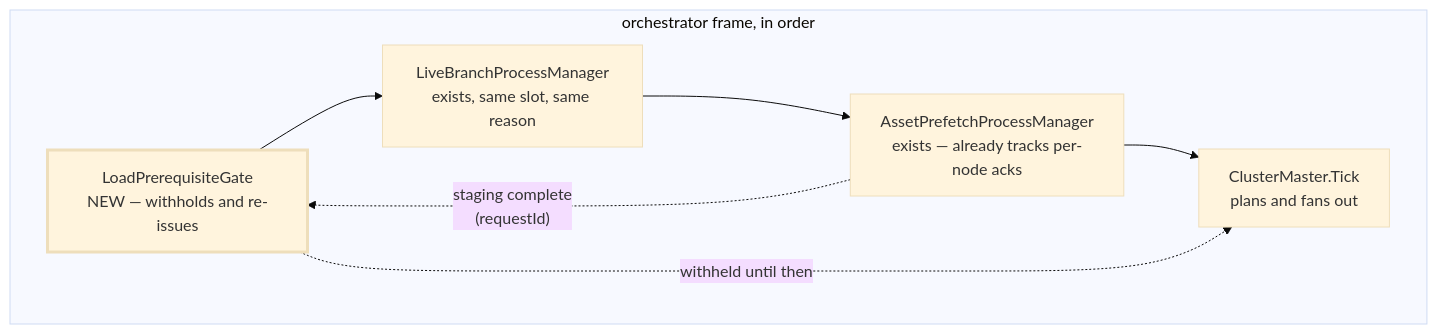
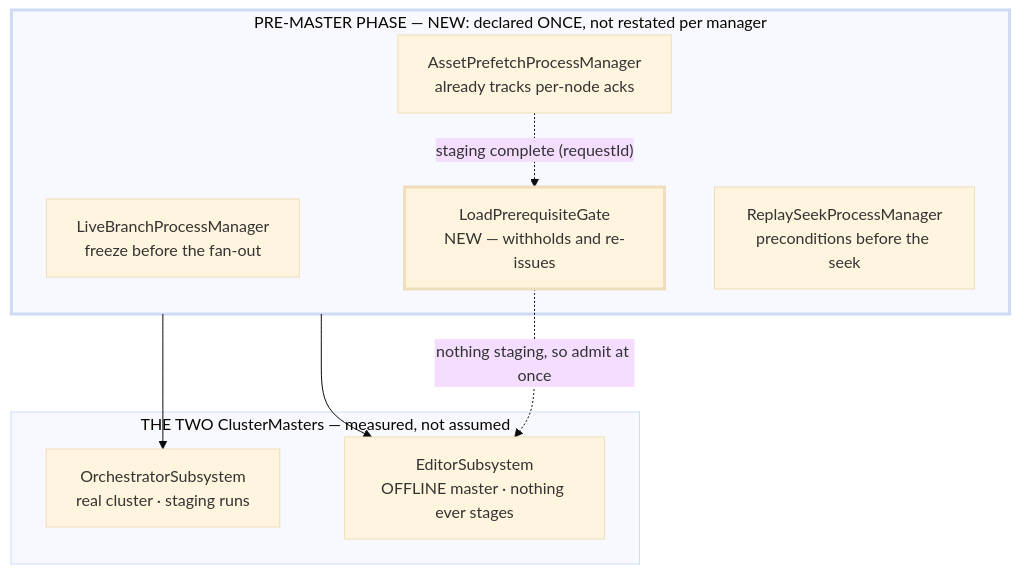
Before and after one commit to pjanec/HROT: the sixth of 6 diagrams in docs/DESIGN_Cluster_Load_Phase.md, drawn with Mermaid (base theme). The commit also changed other lines of this file, not shown here.

First line of the commit message:
docs(load-phase): L8 §7 — TWO masters, and the pre-master phase

````diff
--- a/docs/DESIGN_Cluster_Load_Phase.md
+++ b/docs/DESIGN_Cluster_Load_Phase.md
@@ -578,15 +582,22 @@
 ```mermaid
 graph TD
-  subgraph FRAME["orchestrator frame, in order"]
+  subgraph PRE["PRE-MASTER PHASE — NEW: declared ONCE, not restated per manager"]
     G["LoadPrerequisiteGate<br/>NEW — withholds and re-issues"]
-    L["LiveBranchProcessManager<br/>exists, same slot, same reason"]
-    P["AssetPrefetchProcessManager<br/>exists — already tracks per-node acks"]
-    C["ClusterMaster.Tick<br/>plans and fans out"]
+    L["LiveBranchProcessManager<br/>freeze before the fan-out"]
+    S["ReplaySeekProcessManager<br/>preconditions before the seek"]
+    P["AssetPrefetchProcessManager<br/>already tracks per-node acks"]
   end
-  G --> L --> P --> C
-  P -. "staging complete<br/>(requestId)" .-> G
-  G -. "withheld until then" .-> C
+
+  subgraph M["THE TWO ClusterMasters — measured, not assumed"]
+    CM1["OrchestratorSubsystem<br/>real cluster · staging runs"]
+    CM2["EditorSubsystem<br/>OFFLINE master · nothing ever stages"]
+  end
+
+  PRE --> CM1
+  PRE --> CM2
+  P -. "staging complete (requestId)" .-> G
+  G -. "nothing staging, so admit at once" .-> CM2
 
   classDef new stroke-width:3px
-  class G new
+  class G,PRE new
 ```
````
